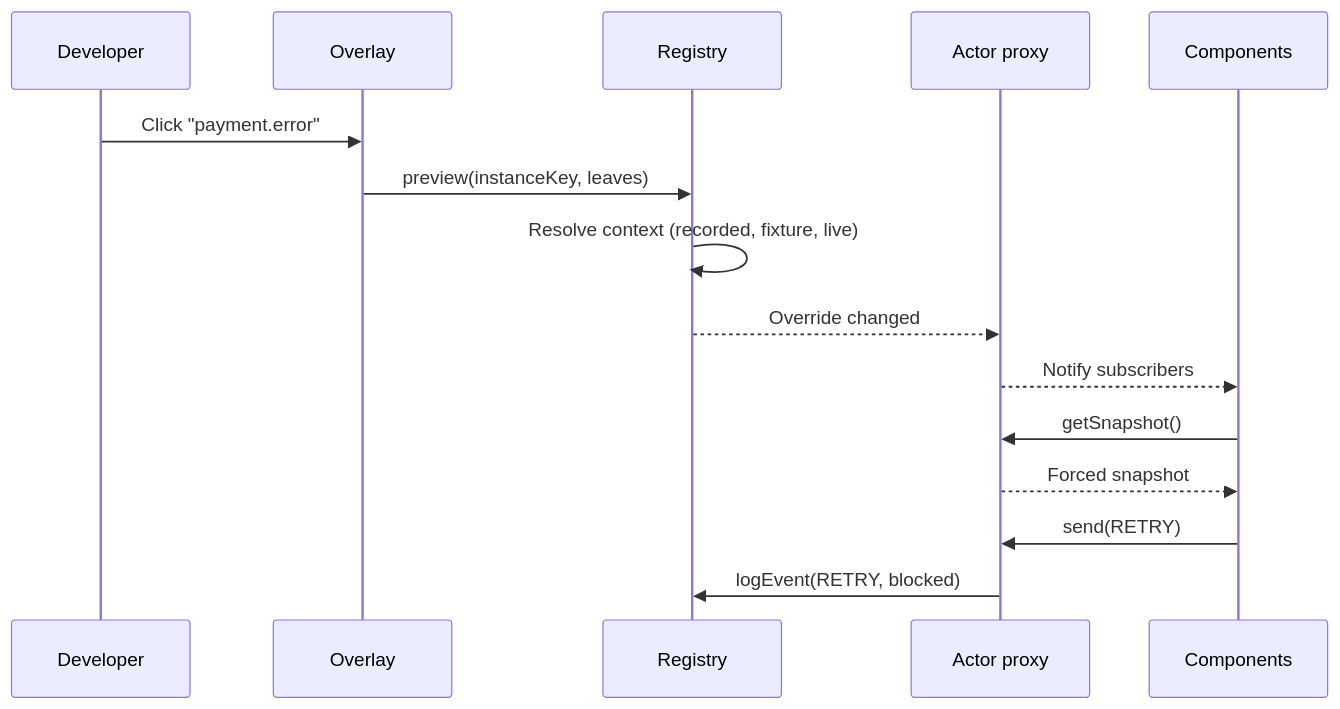
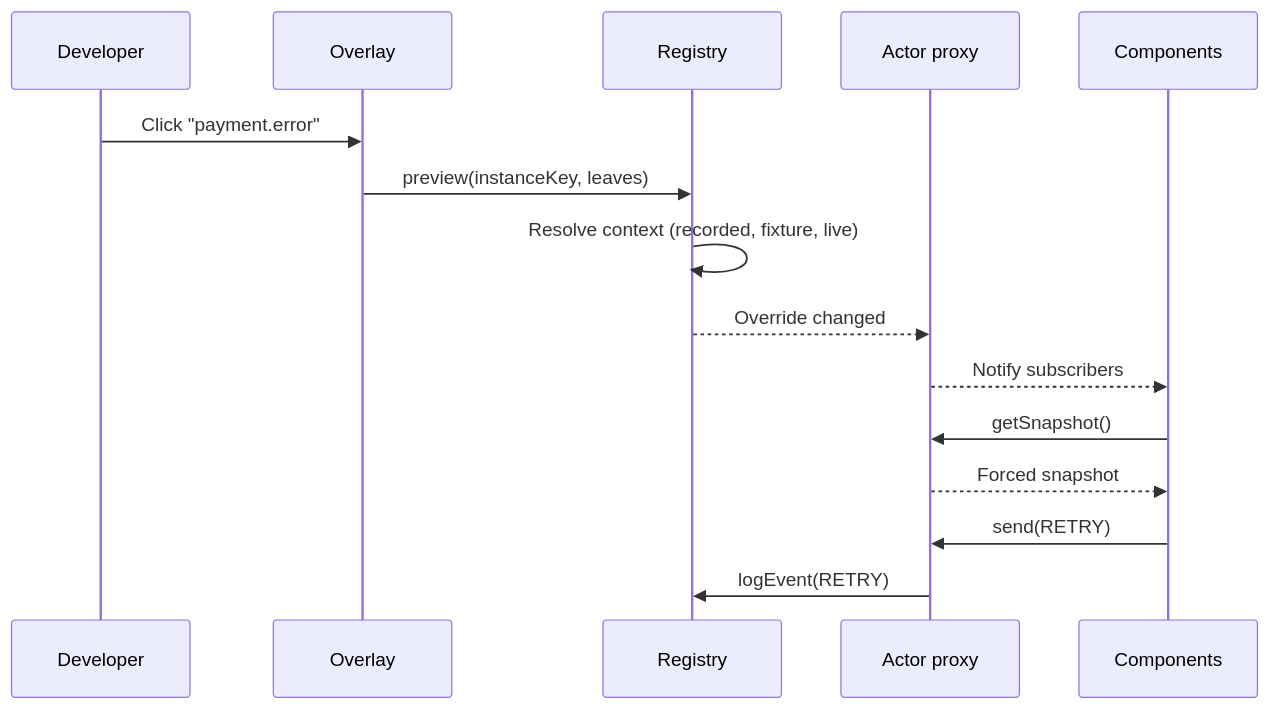
Before and after one commit to Smintfy/kotick: the second of 2 diagrams in specs/state-debugger-mvp-spec.md, drawn with Mermaid. The commit also changed other lines of this file and 26 other files, not shown here.

First line of the commit message:
Make the overlay dark only, and simplify the state tree and the event log

````diff
--- a/specs/state-debugger-mvp-spec.md
+++ b/specs/state-debugger-mvp-spec.md
@@ -192,17 +191,17 @@
 ```mermaid
 sequenceDiagram
   participant D as Developer
   participant O as Overlay
   participant R as Registry
   participant P as Actor proxy
   participant C as Components
   D->>O: Click "payment.error"
   O->>R: preview(instanceKey, leaves)
   R->>R: Resolve context (recorded, fixture, live)
   R-->>P: Override changed
   P-->>C: Notify subscribers
   C->>P: getSnapshot()
   P-->>C: Forced snapshot
   C->>P: send(RETRY)
-  P->>R: logEvent(RETRY, blocked)
+  P->>R: logEvent(RETRY)
 ```
````
